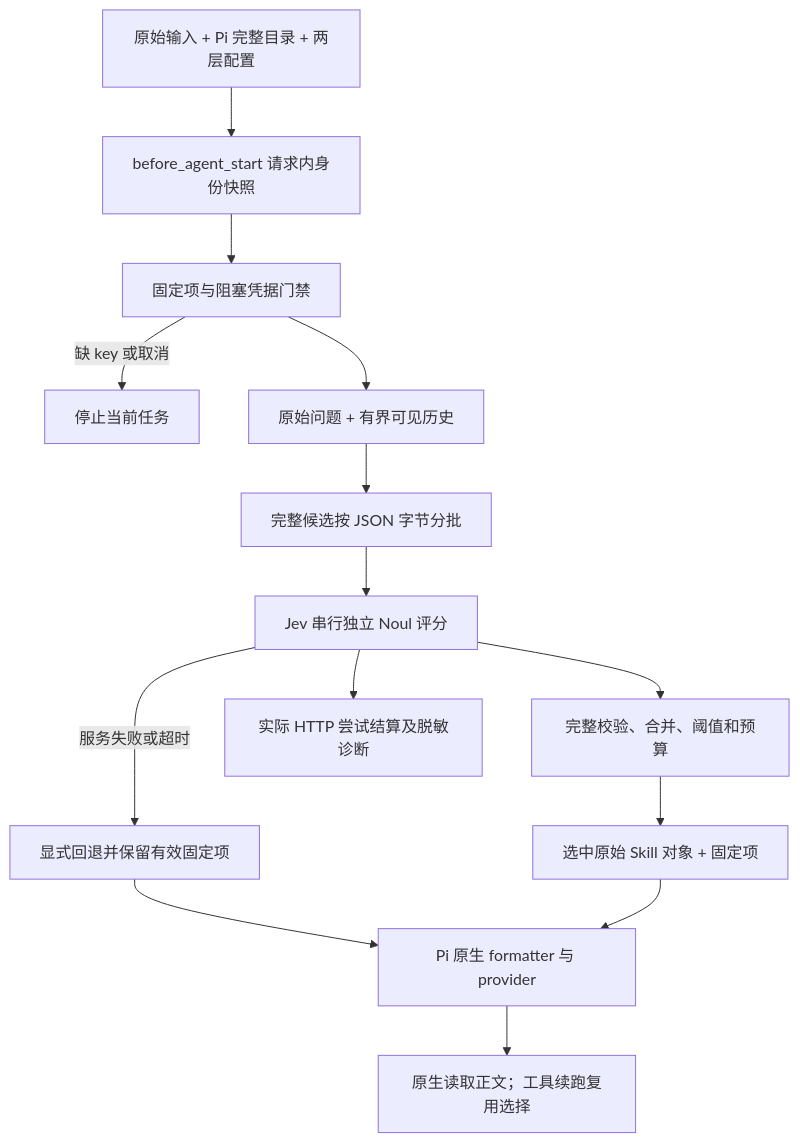
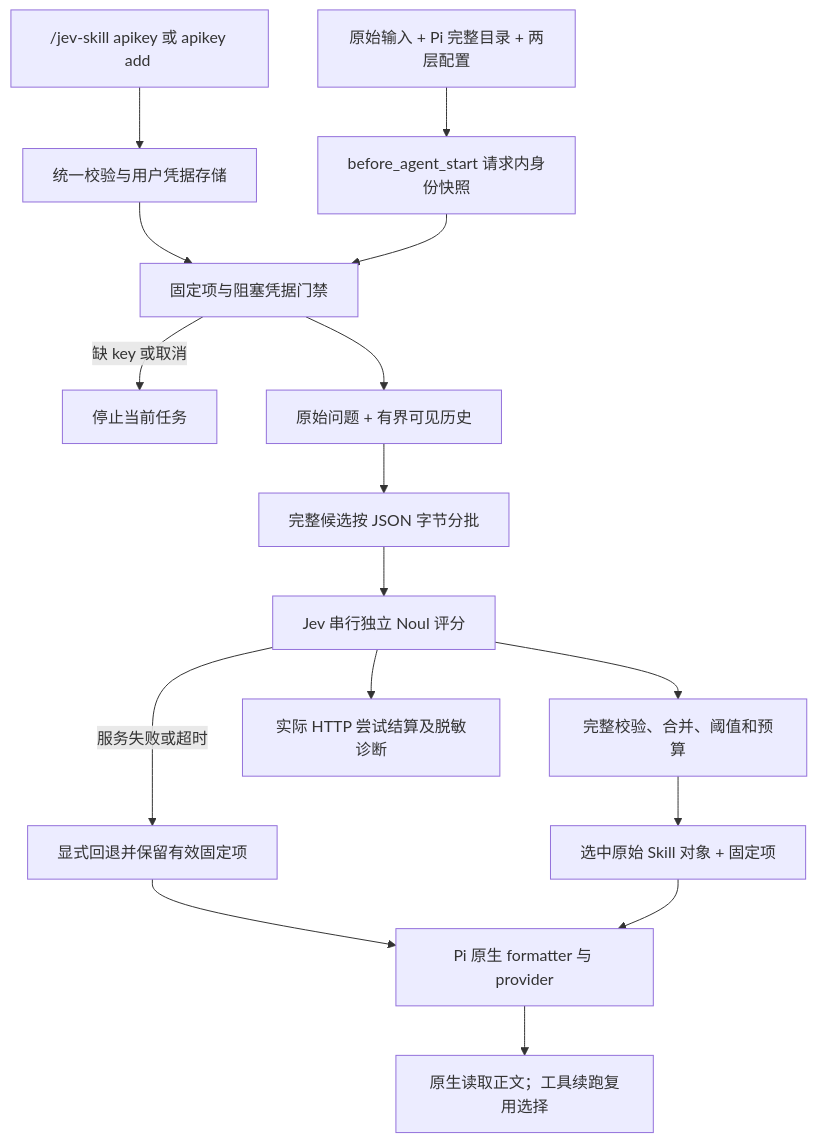
Before and after one commit to aimmetal-tech/jev-skills-retrieval: the diagram in AGENTS.md, drawn with Mermaid. The commit also changed other lines of this file and 10 other files, not shown here.

````diff
--- a/AGENTS.md
+++ b/AGENTS.md
@@ -85,16 +86,18 @@
 ```mermaid
 flowchart TD
+  U["/jev-skill apikey 或 apikey add <apikey>"] --> V["统一校验与用户凭据存储"]
+  V --> C
   A["原始输入 + Pi 完整目录 + 两层配置"] --> B["before_agent_start 请求内身份快照"]
   B --> C["固定项与阻塞凭据门禁"]
   C -->|"缺 key 或取消"| X["停止当前任务"]
   C --> D["原始问题 + 有界可见历史"]
   D --> E["完整候选按 JSON 字节分批"]
   E --> F["Jev 串行独立 Noul 评分"]
   F --> G["完整校验、合并、阈值和预算"]
   F -->|"服务失败或超时"| H["显式回退并保留有效固定项"]
   G --> I["选中原始 Skill 对象 + 固定项"]
   H --> J["Pi 原生 formatter 与 provider"]
   I --> J
   J --> K["原生读取正文；工具续跑复用选择"]
   F --> L["实际 HTTP 尝试结算及脱敏诊断"]
 ```
````
